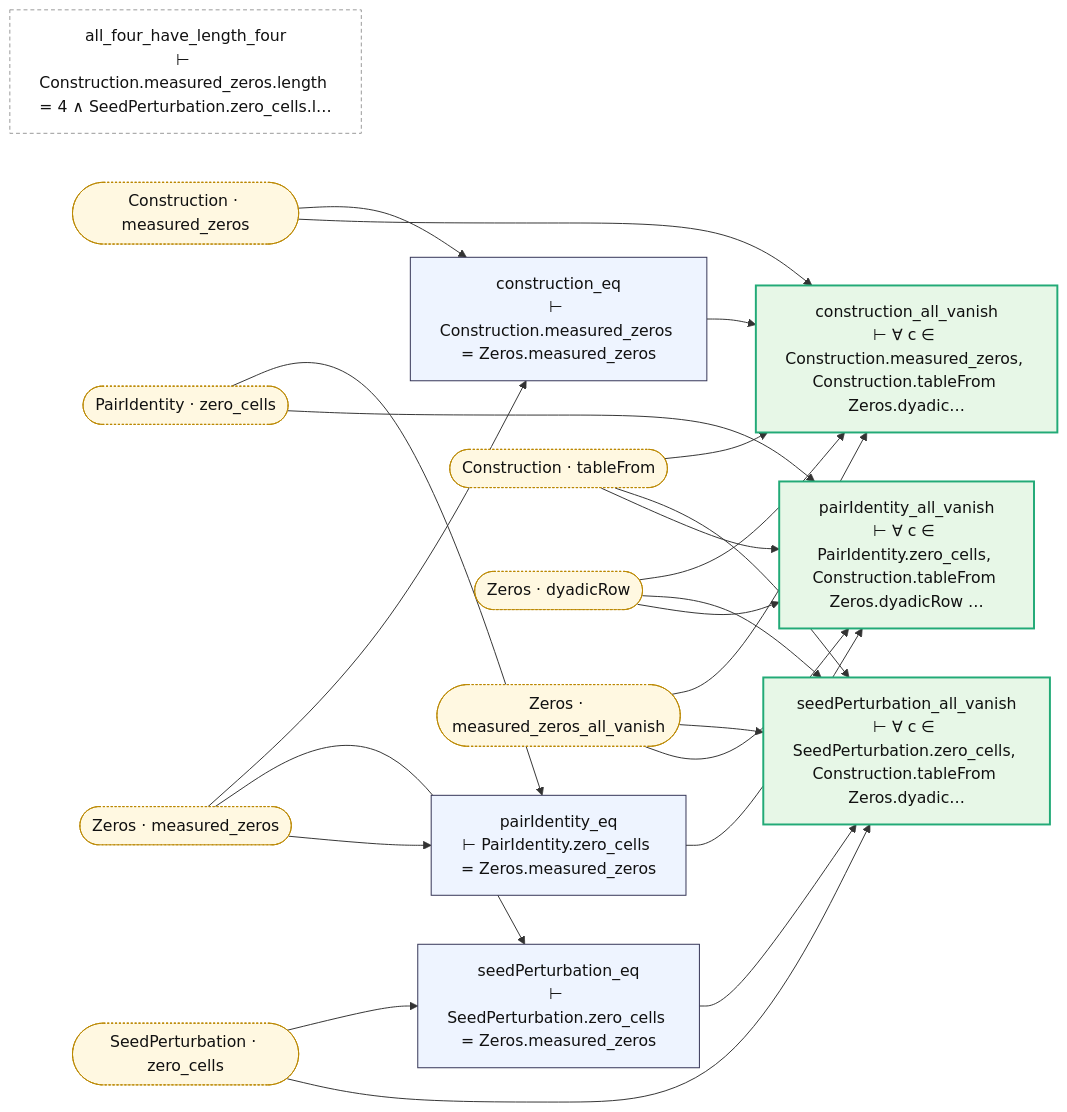
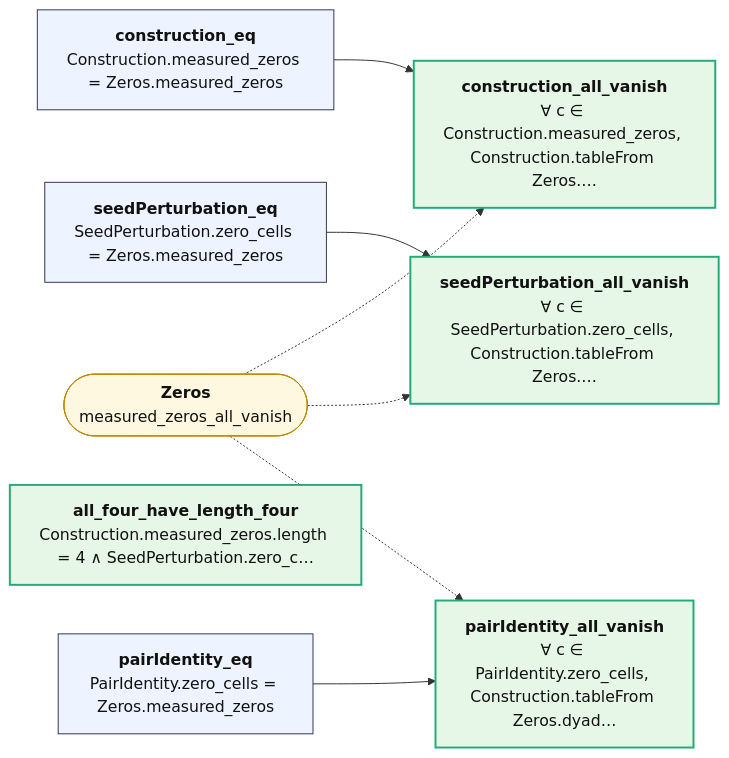
The diagram in map/lean/ZeroCells.md (juliansambranojr/Primebeat_081426), drawn with Mermaid before and after one commit. The commit also changed other lines of this file and 387 other files, not shown here.

````diff
--- a/map/lean/ZeroCells.md
+++ b/map/lean/ZeroCells.md
@@ -8,44 +12,22 @@
 ```mermaid
 flowchart LR
-  n0["construction_eq<br/>⊢ Construction.measured_zeros = Zeros.measured_zeros"]:::thm
-  n1["seedPerturbation_eq<br/>⊢ SeedPerturbation.zero_cells = Zeros.measured_zeros"]:::thm
-  n2["pairIdentity_eq<br/>⊢ PairIdentity.zero_cells = Zeros.measured_zeros"]:::thm
-  n3["construction_all_vanish<br/>⊢ ∀ c ∈ Construction.measured_zeros, Construction.tableFrom Zeros.dyadic…"]:::end_
-  n4["seedPerturbation_all_vanish<br/>⊢ ∀ c ∈ SeedPerturbation.zero_cells, Construction.tableFrom Zeros.dyadic…"]:::end_
-  n5["pairIdentity_all_vanish<br/>⊢ ∀ c ∈ PairIdentity.zero_cells, Construction.tableFrom Zeros.dyadicRow …"]:::end_
-  n6["all_four_have_length_four<br/>⊢ Construction.measured_zeros.length = 4 ∧ SeedPerturbation.zero_cells.l…"]:::lone
-  x0(["Construction · measured_zeros"]):::ext
-  x1(["Construction · tableFrom"]):::ext
-  x2(["PairIdentity · zero_cells"]):::ext
-  x3(["SeedPerturbation · zero_cells"]):::ext
-  x4(["Zeros · dyadicRow"]):::ext
-  x5(["Zeros · measured_zeros"]):::ext
-  x6(["Zeros · measured_zeros_all_vanish"]):::ext
+  n0["<b>construction_eq</b><br/>Construction.measured_zeros = Zeros.measured_zeros"]:::thm
+  n1["<b>seedPerturbation_eq</b><br/>SeedPerturbation.zero_cells = Zeros.measured_zeros"]:::thm
+  n2["<b>pairIdentity_eq</b><br/>PairIdentity.zero_cells = Zeros.measured_zeros"]:::thm
+  n3["<b>construction_all_vanish</b><br/>∀ c ∈ Construction.measured_zeros, Construction.tableFrom Zeros.…"]:::end_
+  n4["<b>seedPerturbation_all_vanish</b><br/>∀ c ∈ SeedPerturbation.zero_cells, Construction.tableFrom Zeros.…"]:::end_
+  n5["<b>pairIdentity_all_vanish</b><br/>∀ c ∈ PairIdentity.zero_cells, Construction.tableFrom Zeros.dyad…"]:::end_
+  n6["<b>all_four_have_length_four</b><br/>Construction.measured_zeros.length = 4 ∧ SeedPerturbation.zero_c…"]:::end_
+  x0(["<b>Zeros</b><br/>measured_zeros_all_vanish"]):::ext
   n0 --> n3
   n1 --> n4
   n2 --> n5
-  x0 --> n0
-  x0 --> n3
-  x1 --> n3
-  x1 --> n4
-  x1 --> n5
-  x2 --> n2
-  x2 --> n5
-  x3 --> n1
-  x3 --> n4
-  x4 --> n3
-  x4 --> n4
-  x4 --> n5
-  x5 --> n0
-  x5 --> n1
-  x5 --> n2
-  x6 --> n3
-  x6 --> n4
-  x6 --> n5
+  x0 -.-> n3
+  x0 -.-> n4
+  x0 -.-> n5
   classDef thm fill:#eef4ff,stroke:#335,color:#111
-  classDef dfn fill:#f2f2f2,stroke:#777,color:#111
   classDef end_ fill:#e7f7e7,stroke:#2a7,color:#111,stroke-width:2px
   classDef lone fill:#fff,stroke:#999,color:#111,stroke-dasharray:4 3
   classDef bad fill:#ffe5e5,stroke:#c22,color:#111,stroke-width:2px
-  classDef ext fill:#fff8e1,stroke:#b80,color:#111,stroke-dasharray:2 2
+  classDef ext fill:#fff8e1,stroke:#b80,color:#111
 ```
````
